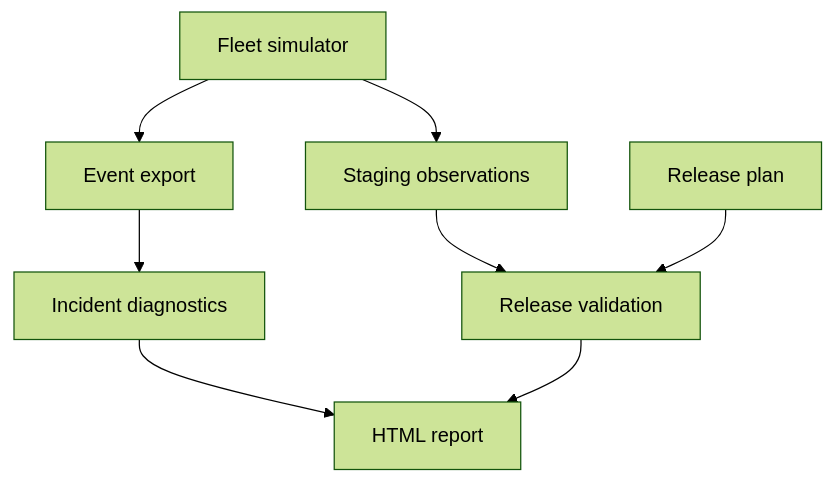
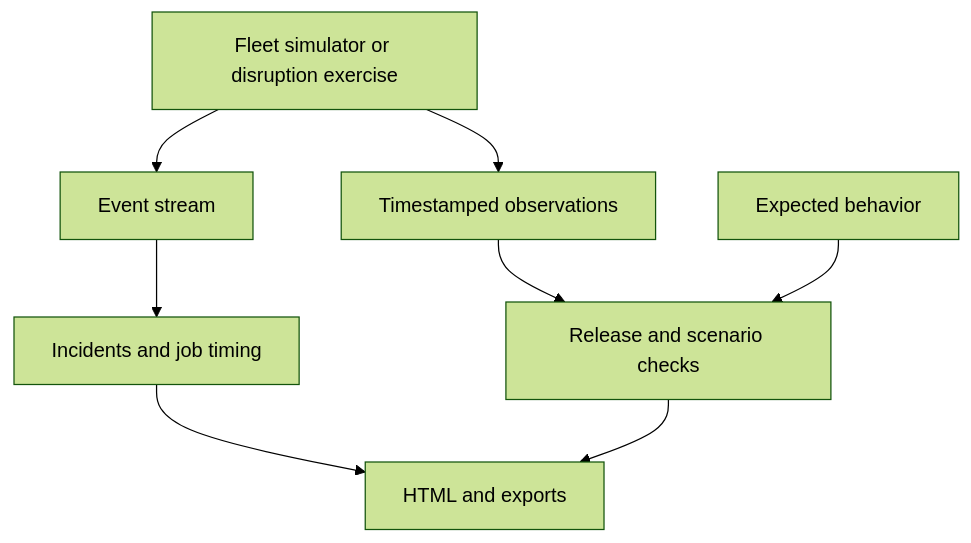
The diagram in README.md (fardeenshroff/robotics-fleet-ops), drawn with Mermaid (forest theme) before and after one commit. The commit also changed other lines of this file and 8 other files, not shown here.

Commit message:
Unify fleet exercise reporting, documentation, and CI

````diff
--- a/README.md
+++ b/README.md
@@ -100,10 +61,10 @@
 ```mermaid
 flowchart TD
-    Sim["Fleet simulator"] --> Events["Event export"]
-    Sim --> Evidence["Staging observations"]
-    Events --> Diag["Incident diagnostics"]
-    Evidence --> Validate["Release validation"]
-    Plan["Release plan"] --> Validate
-    Diag --> Report["HTML report"]
-    Validate --> Report
+    Model["Fleet simulator or disruption exercise"] --> Events["Event stream"]
+    Model --> Obs["Timestamped observations"]
+    Events --> Timeline["Incidents and job timing"]
+    Obs --> Check["Release and scenario checks"]
+    Plan["Expected behavior"] --> Check
+    Timeline --> Report["HTML and exports"]
+    Check --> Report
 ```
````
